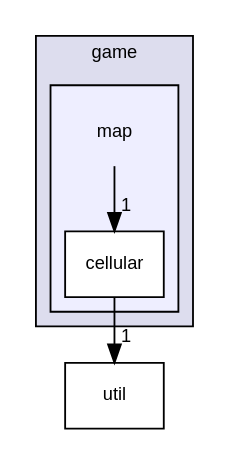
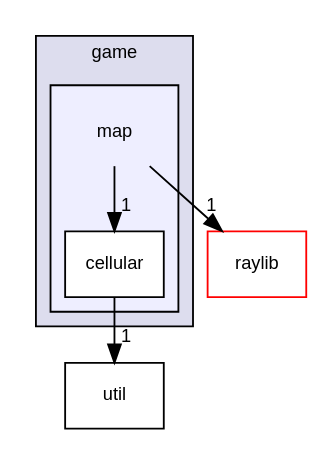
The diagram in dir_982fd39ee1731a8b580daaa875541184_dep.dot (MisterPeModder/Bomberman-Global-Offensive), drawn with Graphviz before and after one commit. The commit also changed 225 other files, not shown here.

```diff
--- a/dir_982fd39ee1731a8b580daaa875541184_dep.dot
+++ b/dir_982fd39ee1731a8b580daaa875541184_dep.dot
@@ -1,16 +1,18 @@
 digraph "src/game/map" {
   compound=true
   node [ fontsize="10", fontname="Helvetica"];
   edge [ labelfontsize="10", labelfontname="Helvetica"];
   subgraph clusterdir_1699be727a800b1d059c6f7f2b91d2ee {
     graph [ bgcolor="#ddddee", pencolor="black", label="game" fontname="Helvetica", fontsize="10", URL="dir_1699be727a800b1d059c6f7f2b91d2ee.html"]
   subgraph clusterdir_982fd39ee1731a8b580daaa875541184 {
     graph [ bgcolor="#eeeeff", pencolor="black", label="" URL="dir_982fd39ee1731a8b580daaa875541184.html"];
     dir_982fd39ee1731a8b580daaa875541184 [shape=plaintext label="map"];
     dir_83ffee900fdf5683175689ab2eee10c3 [shape=box label="cellular" color="black" fillcolor="white" style="filled" URL="dir_83ffee900fdf5683175689ab2eee10c3.html"];
   }
   }
   dir_b7878ad5ecbf2506f4125b9d34c97e45 [shape=box label="util" URL="dir_b7878ad5ecbf2506f4125b9d34c97e45.html"];
+  dir_d4cc5f0b3cfddd1b0952a9e00053f649 [shape=box label="raylib" fillcolor="white" style="filled" color="red" URL="dir_d4cc5f0b3cfddd1b0952a9e00053f649.html"];
   dir_982fd39ee1731a8b580daaa875541184->dir_83ffee900fdf5683175689ab2eee10c3 [headlabel="1", labeldistance=1.5 headhref="dir_000013_000014.html"];
+  dir_982fd39ee1731a8b580daaa875541184->dir_d4cc5f0b3cfddd1b0952a9e00053f649 [headlabel="1", labeldistance=1.5 headhref="dir_000013_000009.html"];
   dir_83ffee900fdf5683175689ab2eee10c3->dir_b7878ad5ecbf2506f4125b9d34c97e45 [headlabel="1", labeldistance=1.5 headhref="dir_000014_000022.html"];
 }
```
